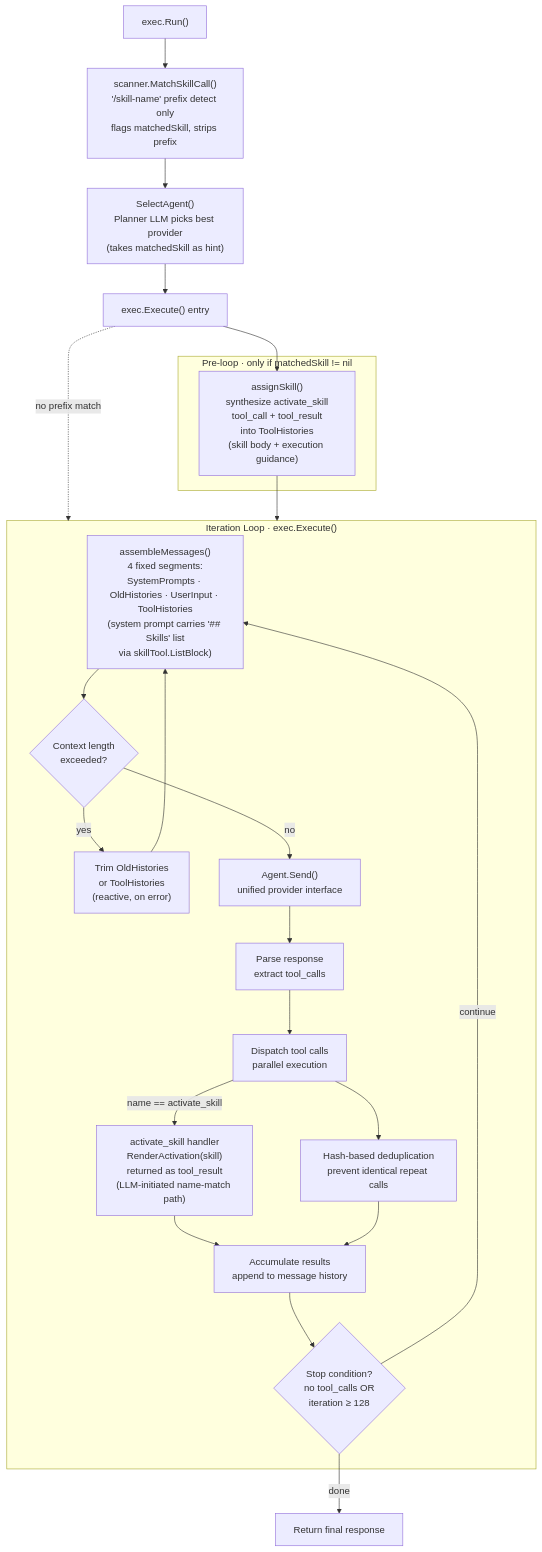
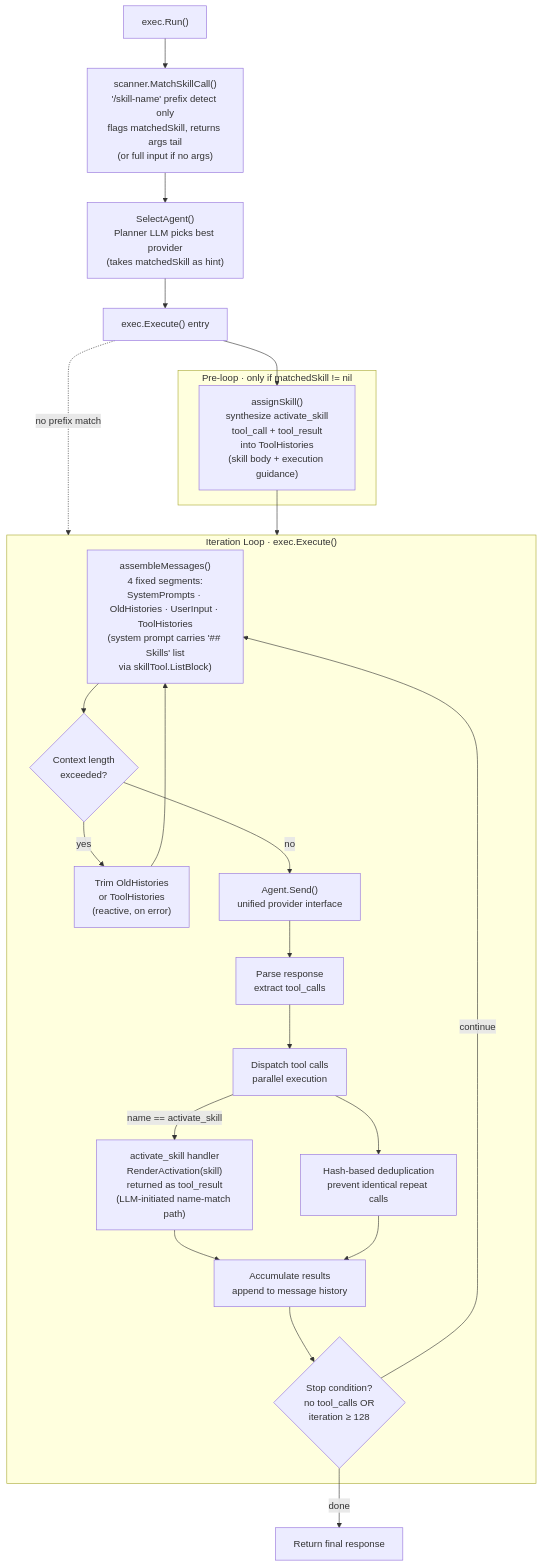
The second of 9 diagrams in doc/architecture.md (pardnchiu/Agenvoy), drawn with Mermaid before and after one commit. The commit also changed other lines of this file and 10 other files, not shown here.

````diff
--- a/doc/architecture.md
+++ b/doc/architecture.md
@@ -54,45 +76,45 @@
 ```mermaid
 flowchart TD
     Run["exec.Run()"]
-    PrefixDetect["scanner.MatchSkillCall()\n'/skill-name' prefix detect only\nflags matchedSkill, strips prefix"]
+    PrefixDetect["scanner.MatchSkillCall()\n'/skill-name' prefix detect only\nflags matchedSkill, returns args tail\n(or full input if no args)"]
     AgentScan["SelectAgent()\nPlanner LLM picks best provider\n(takes matchedSkill as hint)"]
     Enter["exec.Execute() entry"]
 
     subgraph Preseed ["Pre-loop · only if matchedSkill != nil"]
         AssignSynth["assignSkill()\nsynthesize activate_skill\ntool_call + tool_result\ninto ToolHistories\n(skill body + execution guidance)"]
     end
 
     subgraph Loop ["Iteration Loop · exec.Execute()"]
         Assemble["assembleMessages()\n4 fixed segments:\nSystemPrompts · OldHistories · UserInput · ToolHistories\n(system prompt carries '## Skills' list\nvia skillTool.ListBlock)"]
         ReactTrim{"Context length\nexceeded?"}
         TrimOld["Trim OldHistories\nor ToolHistories\n(reactive, on error)"]
         Send["Agent.Send()\nunified provider interface"]
         Parse["Parse response\nextract tool_calls"]
         Dispatch["Dispatch tool calls\nparallel execution"]
         SkillToolCall["activate_skill handler\nRenderActivation(skill)\nreturned as tool_result\n(LLM-initiated name-match path)"]
         Dedup["Hash-based deduplication\nprevent identical repeat calls"]
         Accum["Accumulate results\nappend to message history"]
         Check{"Stop condition?\nno tool_calls OR\niteration ≥ 128"}
     end
 
     Done["Return final response"]
 
     Run --> PrefixDetect
     PrefixDetect --> AgentScan
     AgentScan --> Enter
     Enter --> AssignSynth
     Enter -.->|"no prefix match"| Loop
     AssignSynth --> Loop
     Assemble --> ReactTrim
     ReactTrim -->|"yes"| TrimOld --> Assemble
     ReactTrim -->|"no"| Send
     Send --> Parse
     Parse --> Dispatch
     Dispatch -->|"name == activate_skill"| SkillToolCall
     SkillToolCall --> Accum
     Dispatch --> Dedup
     Dedup --> Accum
     Accum --> Check
     Check -->|"continue"| Assemble
     Check -->|"done"| Done
 ```
````
